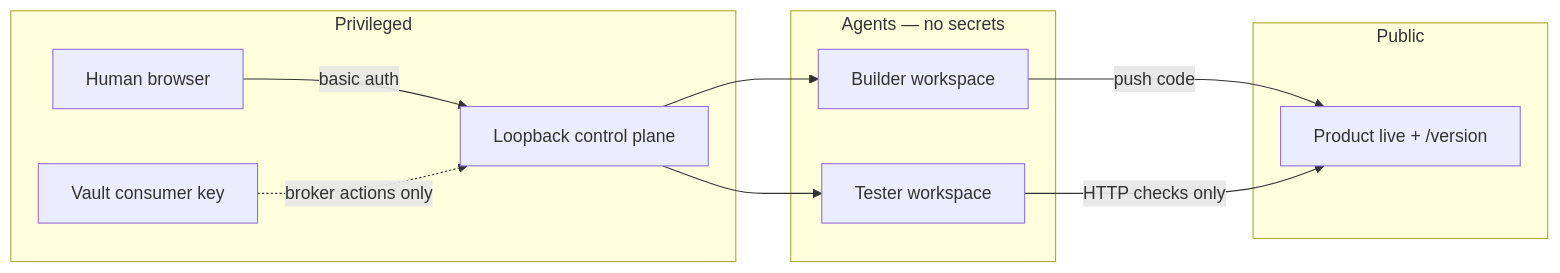
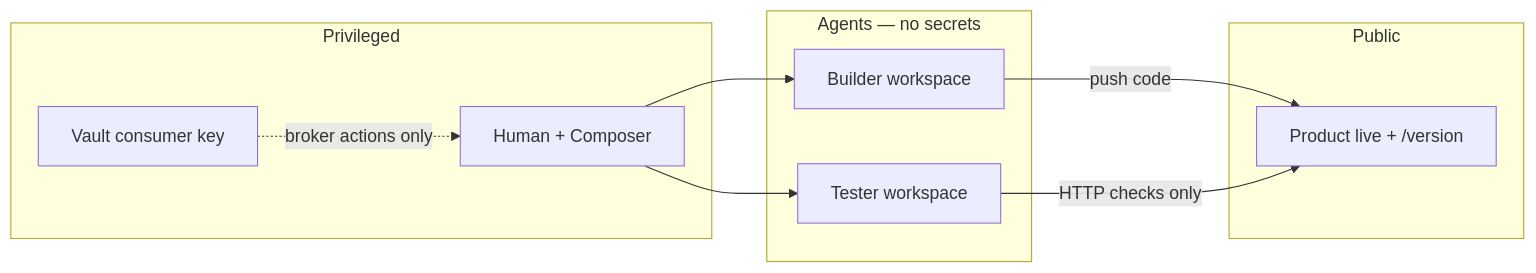
One commit to southu/vygo changed the third of 6 diagrams in content/vibe-coding/ratchet-guide/diagrams.md. Above: the diagram before and after it, drawn with Mermaid. The commit also changed other lines of this file and 42 other files, not shown here.

````diff
--- a/content/vibe-coding/ratchet-guide/diagrams.md
+++ b/content/vibe-coding/ratchet-guide/diagrams.md
@@ -69,24 +57,22 @@
 ```mermaid
 flowchart LR
   subgraph privileged [Privileged]
-    OP[Human browser]
-    CP[Loopback control plane]
+    OP[Human + Composer]
     VC[Vault consumer key]
   end
 
   subgraph agents [Agents — no secrets]
     BU[Builder workspace]
     TE[Tester workspace]
   end
 
   subgraph public [Public]
     PL[Product live + /version]
   end
 
-  OP -->|basic auth| CP
-  CP --> BU
-  CP --> TE
-  VC -.->|broker actions only| CP
+  OP --> BU
+  OP --> TE
+  VC -.->|broker actions only| OP
   BU -->|push code| PL
   TE -->|HTTP checks only| PL
 ```
````
